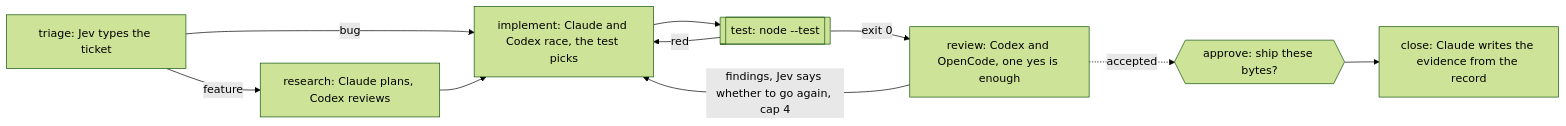
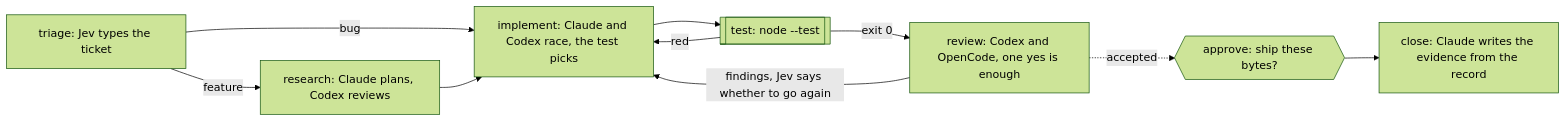
Before and after one commit to jonny981/obversa: the diagram in docs/public/workflows/feature-team.mdx, drawn with Mermaid (forest theme). The commit also changed other lines of this file and 44 other files, not shown here.

````diff
--- a/docs/public/workflows/feature-team.mdx
+++ b/docs/public/workflows/feature-team.mdx
@@ -582,12 +583,12 @@
 ```mermaid
 flowchart LR
   triage["triage: Jev types the ticket"] -->|feature| research["research: Claude plans, Codex reviews"]
   triage -->|bug| implement
   research --> implement["implement: Claude and Codex race, the test picks"]
   implement --> test[["test: node --test"]]
   test -->|exit 0| review["review: Codex and OpenCode, one yes is enough"]
   test -->|red| implement
-  review -->|"findings, Jev says whether to go again, cap 4"| implement
+  review -->|"findings, Jev says whether to go again"| implement
   review -.->|accepted| approve{{"approve: ship these bytes?"}}
   approve --> close["close: Claude writes the evidence from the record"]
 ```
````
